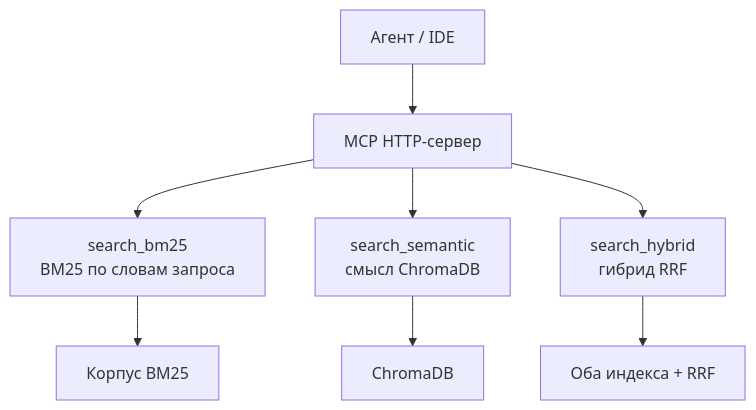
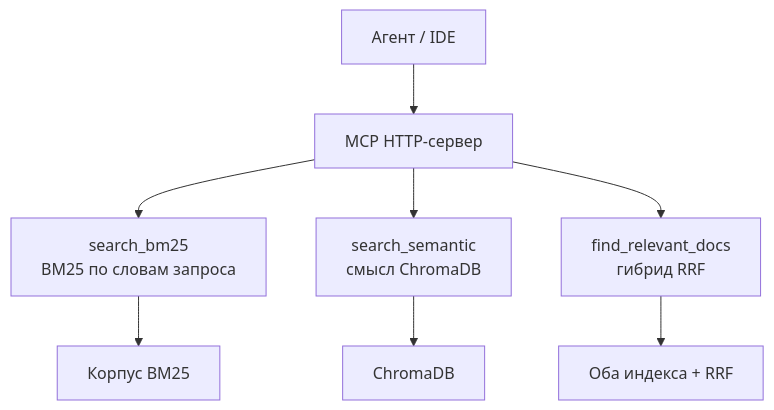
Before and after one commit to luna-pulse/MCP.RAG.StarTrek: the diagram in Docs/8. Спецификация MCP-сервера.md, drawn with Mermaid. The commit also changed other lines of this file and 7 other files, not shown here.

First line of the commit message:
Rename the hybrid MCP tool to find_relevant_docs and its count argument to top_k.

````diff
--- a/Docs/8. Спецификация MCP-сервера.md
+++ b/Docs/8. Спецификация MCP-сервера.md
@@ -9,10 +9,10 @@
 ```mermaid
 flowchart TB
     Agent["Агент / IDE"] --> Server["MCP HTTP-сервер"]
     Server --> TBm25["search_bm25\nBM25 по словам запроса"]
     Server --> TSem["search_semantic\nсмысл ChromaDB"]
-    Server --> THyb["search_hybrid\nгибрид RRF"]
+    Server --> THyb["find_relevant_docs\nгибрид RRF"]
     TBm25 --> IBm25["Корпус BM25"]
     TSem --> IChroma["ChromaDB"]
     THyb --> IRrf["Оба индекса + RRF"]
 ```
````
